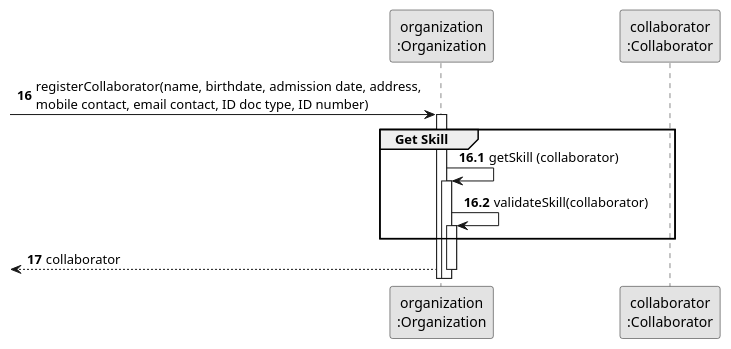
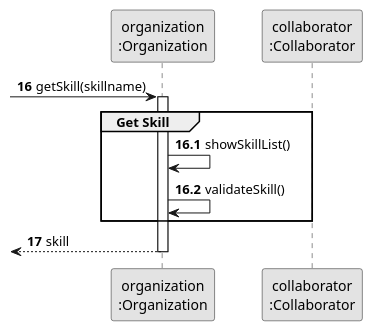
The diagram in docs/sprint2/us004/03.design/puml/us004-sequence-diagram-partial-get-skill.puml (tiagosoa/lei-24-s2-1dgh-g073), drawn with PlantUML before and after one commit. The commit also changed 35 other files, not shown here.

```diff
--- a/docs/sprint2/us004/03.design/puml/us004-sequence-diagram-partial-get-skill.puml
+++ b/docs/sprint2/us004/03.design/puml/us004-sequence-diagram-partial-get-skill.puml
@@ -1,27 +1,27 @@
 @startuml
 skinparam monochrome true
 skinparam packageStyle rectangle
 skinparam shadowing false
 
 participant "organization\n:Organization" as ORG
 participant "collaborator\n:Collaborator" as COLABORADOR
 
 autonumber 16
--> ORG: registerCollaborator(name, birthdate, admission date, address, \nmobile contact, email contact, ID doc type, ID number)
+-> ORG: getSkill(skillname)
 
 autonumber 16.1
 activate ORG
     group Get Skill
-        ORG -> ORG: getSkill (collaborator)
+        ORG -> ORG: showSkillList()
 
-        activate ORG
-            ORG -> ORG: validateSkill(collaborator)
-            activate ORG
+
+        ORG -> ORG: validateSkill()
+
     end
 
     autonumber 17
-    <-- ORG : collaborator
+    <-- ORG : skill
 deactivate ORG
 
 
 @enduml
```
